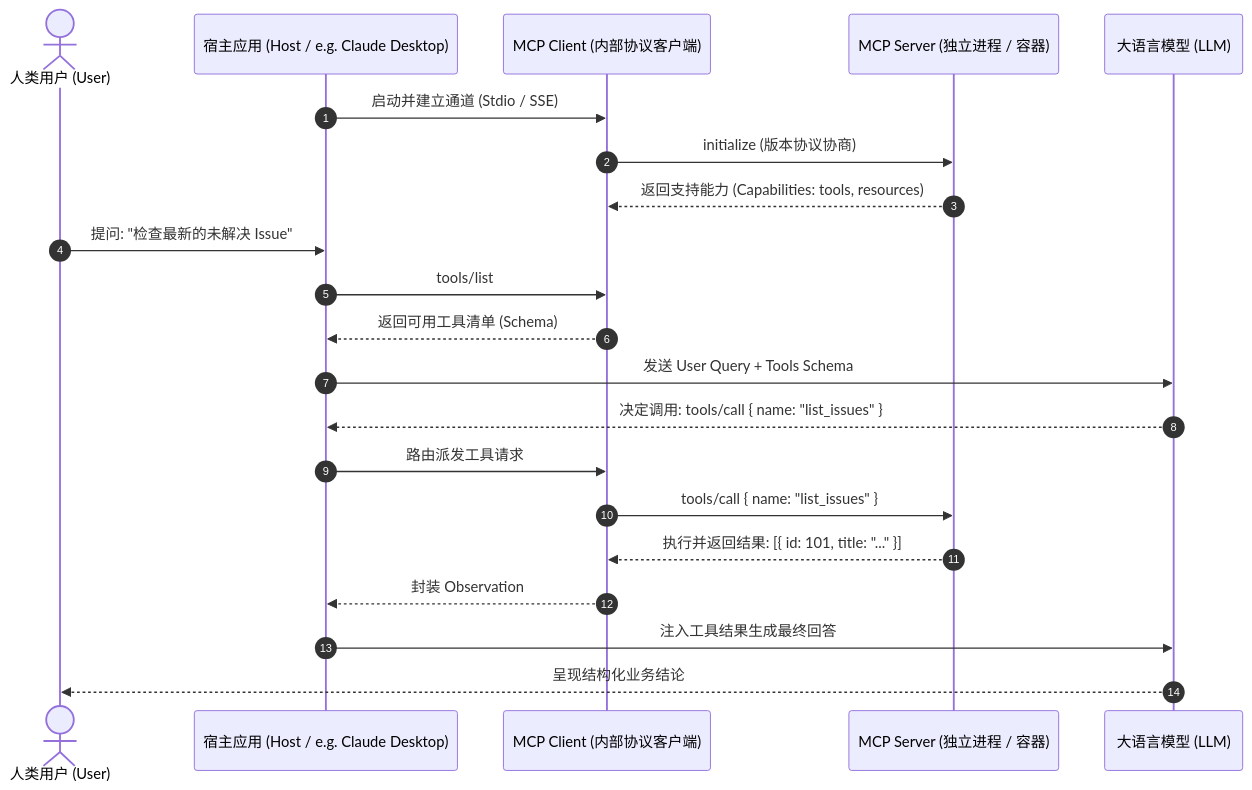
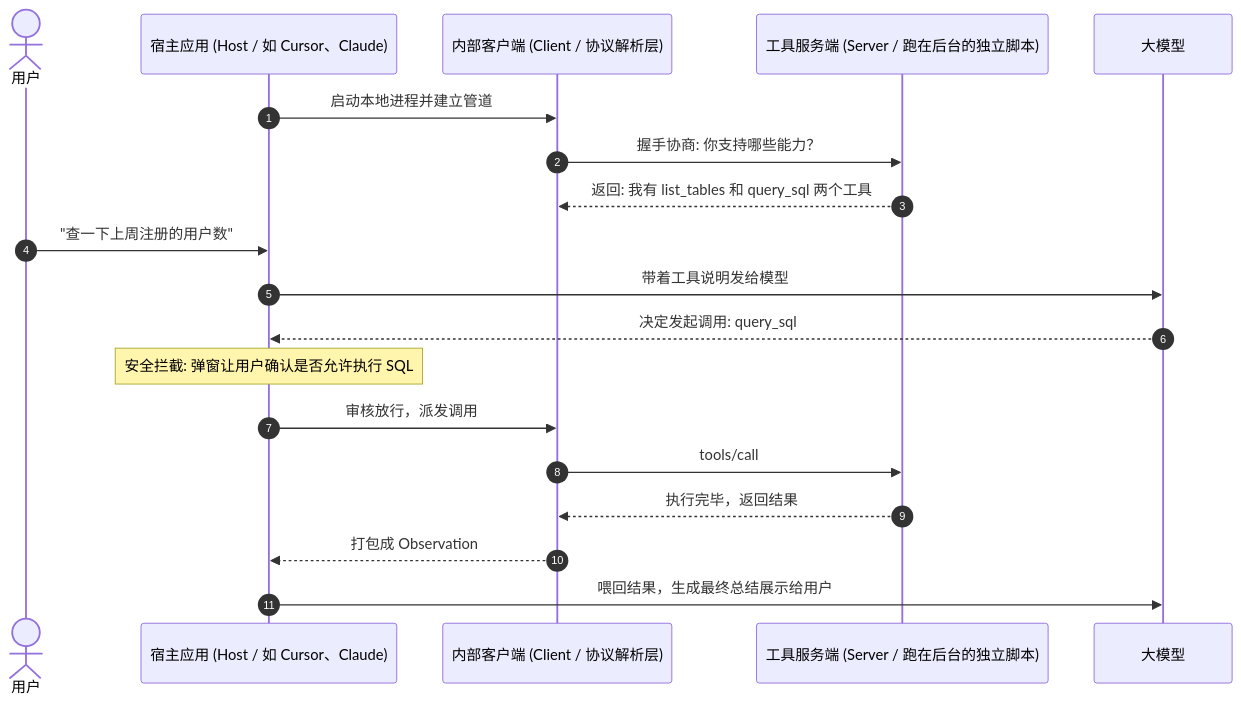
Before and after one commit to ljh12138164/ai-agent-study: the second of 3 diagrams in app/ch04-tools/02-mcp-protocol-architecture/page.mdx, drawn with Mermaid. The commit also changed other lines of this file and 43 other files, not shown here.

````diff
--- a/app/ch04-tools/02-mcp-protocol-architecture/page.mdx
+++ b/app/ch04-tools/02-mcp-protocol-architecture/page.mdx
@@ -46,26 +47,24 @@
 ```mermaid
 sequenceDiagram
     autonumber
-    actor User as 人类用户 (User)
-    participant Host as 宿主应用 (Host / e.g. Claude Desktop)
-    participant Client as MCP Client (内部协议客户端)
-    participant Server as MCP Server (独立进程 / 容器)
-    participant LLM as 大语言模型 (LLM)
+    actor User as 用户
+    participant Host as 宿主应用 (Host / 如 Cursor、Claude)
+    participant Client as 内部客户端 (Client / 协议解析层)
+    participant Server as 工具服务端 (Server / 跑在后台的独立脚本)
+    participant LLM as 大模型
 
-    Host->>Client: 启动并建立通道 (Stdio / SSE)
-    Client->>Server: initialize (版本协议协商)
-    Server-->>Client: 返回支持能力 (Capabilities: tools, resources)
+    Host->>Client: 启动本地进程并建立管道
+    Client->>Server: 握手协商: 你支持哪些能力？
+    Server-->>Client: 返回: 我有 list_tables 和 query_sql 两个工具
     
-    User->>Host: 提问: "检查最新的未解决 Issue"
-    Host->>Client: tools/list
-    Client-->>Host: 返回可用工具清单 (Schema)
-    Host->>LLM: 发送 User Query + Tools Schema
-    LLM-->>Host: 决定调用: tools/call { name: "list_issues" }
+    User->>Host: "查一下上周注册的用户数"
+    Host->>LLM: 带着工具说明发给模型
+    LLM-->>Host: 决定发起调用: query_sql
     
-    Host->>Client: 路由派发工具请求
-    Client->>Server: tools/call { name: "list_issues" }
-    Server-->>Client: 执行并返回结果: [{ id: 101, title: "..." }]
-    Client-->>Host: 封装 Observation
-    Host->>LLM: 注入工具结果生成最终回答
-    LLM-->>User: 呈现结构化业务结论
+    Note over Host: 安全拦截: 弹窗让用户确认是否允许执行 SQL
+    Host->>Client: 审核放行，派发调用
+    Client->>Server: tools/call
+    Server-->>Client: 执行完毕，返回结果
+    Client-->>Host: 打包成 Observation
+    Host->>LLM: 喂回结果，生成最终总结展示给用户
 ```
````
